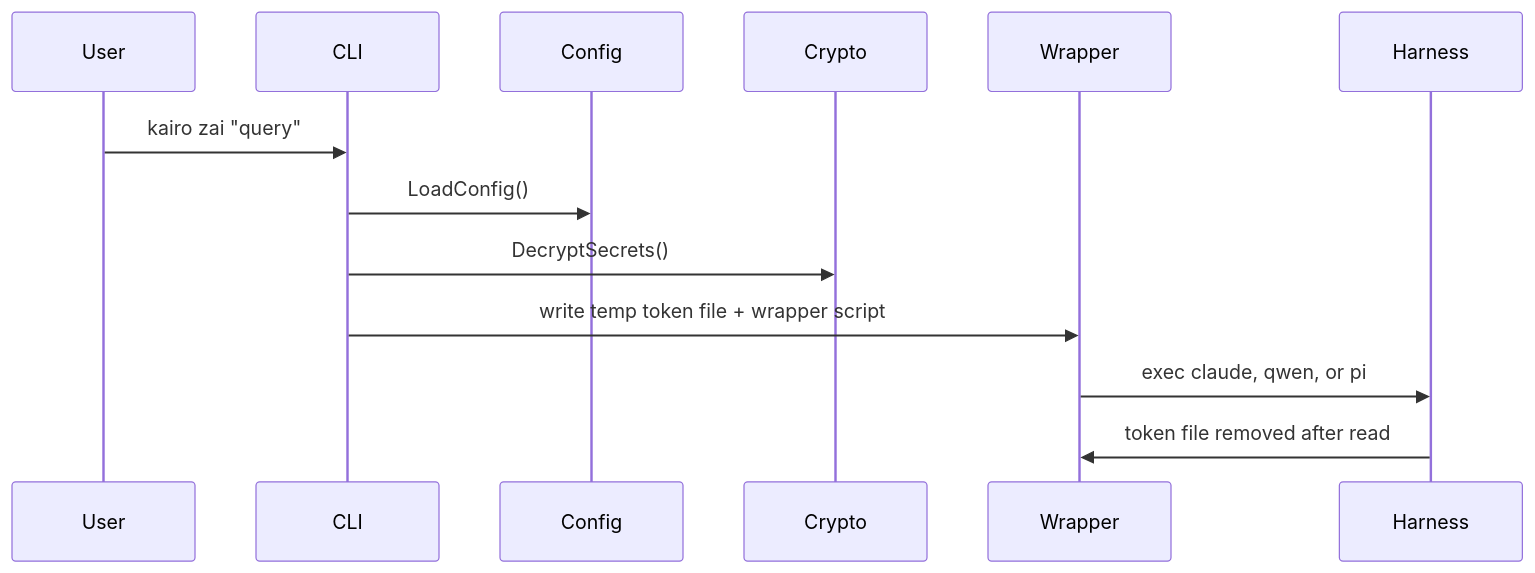
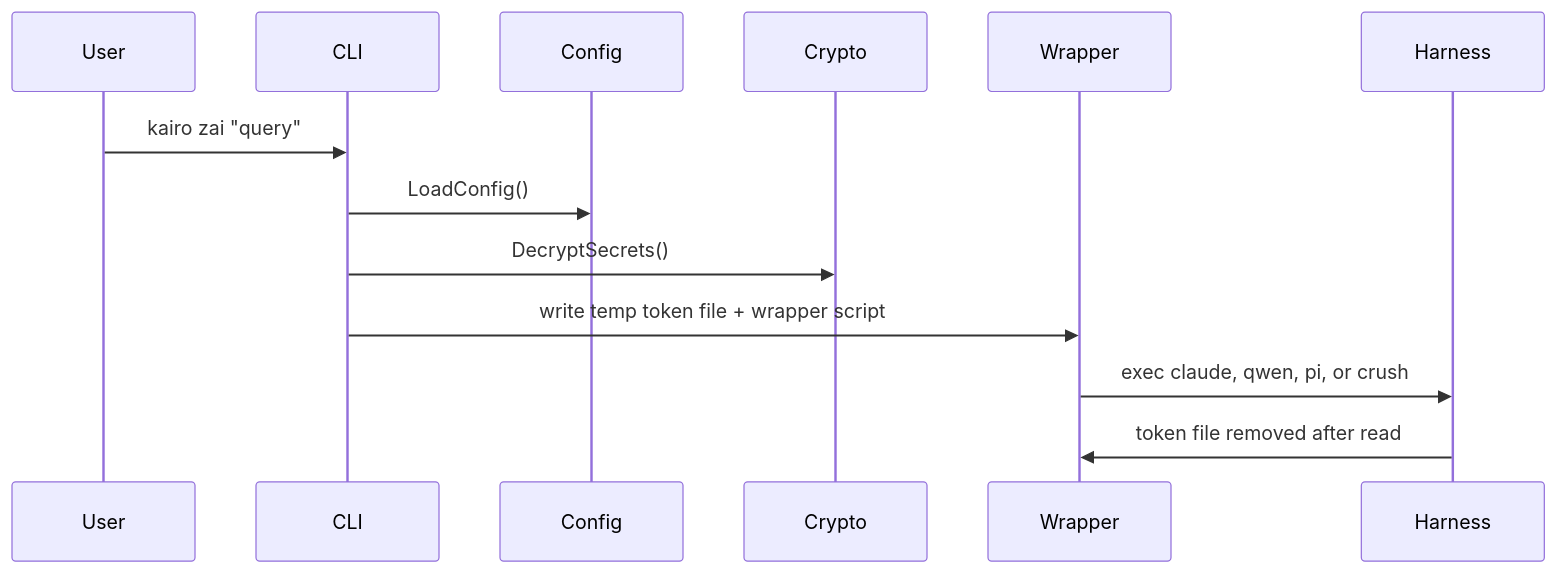
The third of 3 diagrams in docs/architecture/README.md (dkmnx/kairo), drawn with Mermaid before and after one commit. The commit also changed other lines of this file and 10 other files, not shown here.

First line of the commit message:
feat: add Crush CLI harness support

````diff
--- a/docs/architecture/README.md
+++ b/docs/architecture/README.md
@@ -100,16 +100,16 @@
 ```mermaid
 sequenceDiagram
     participant User
     participant CLI
     participant Config
     participant Crypto
     participant Wrapper
     participant Harness
 
     User->>CLI: kairo zai "query"
     CLI->>Config: LoadConfig()
     CLI->>Crypto: DecryptSecrets()
     CLI->>Wrapper: write temp token file + wrapper script
-    Wrapper->>Harness: exec claude, qwen, or pi
+    Wrapper->>Harness: exec claude, qwen, pi, or crush
     Harness->>Wrapper: token file removed after read
 ```
````
